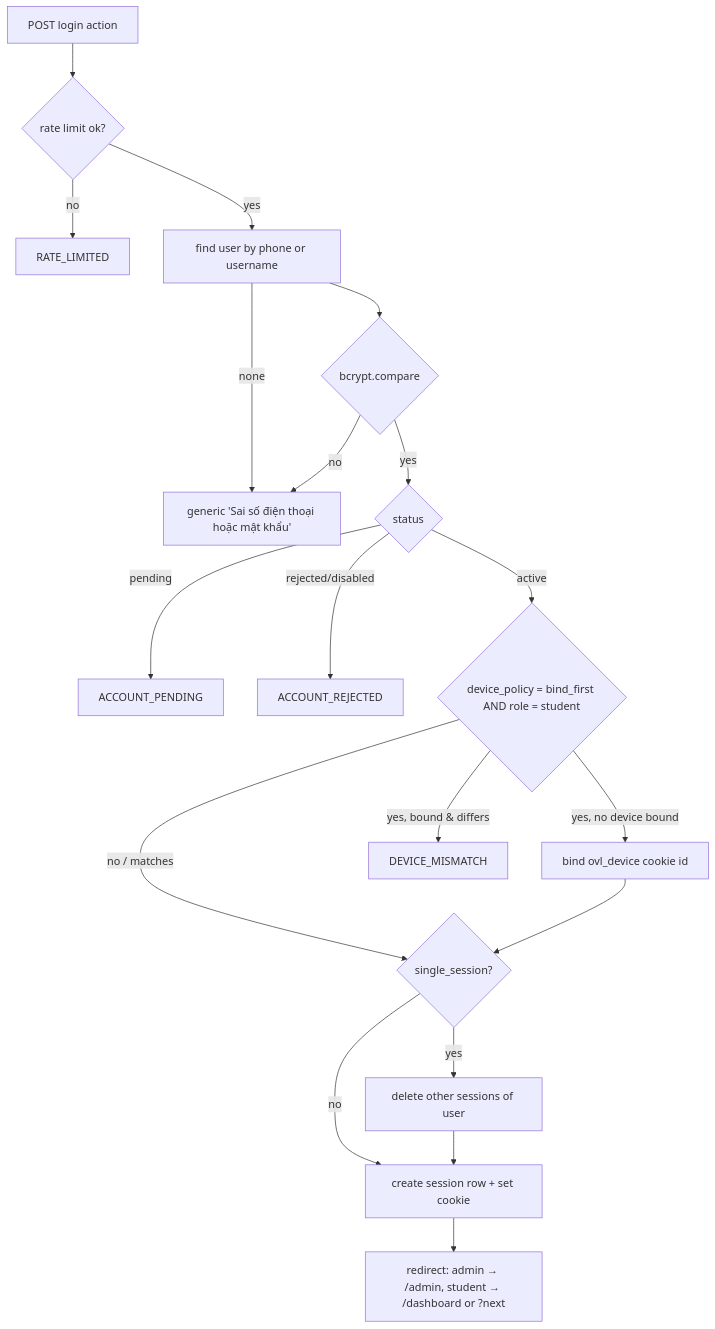
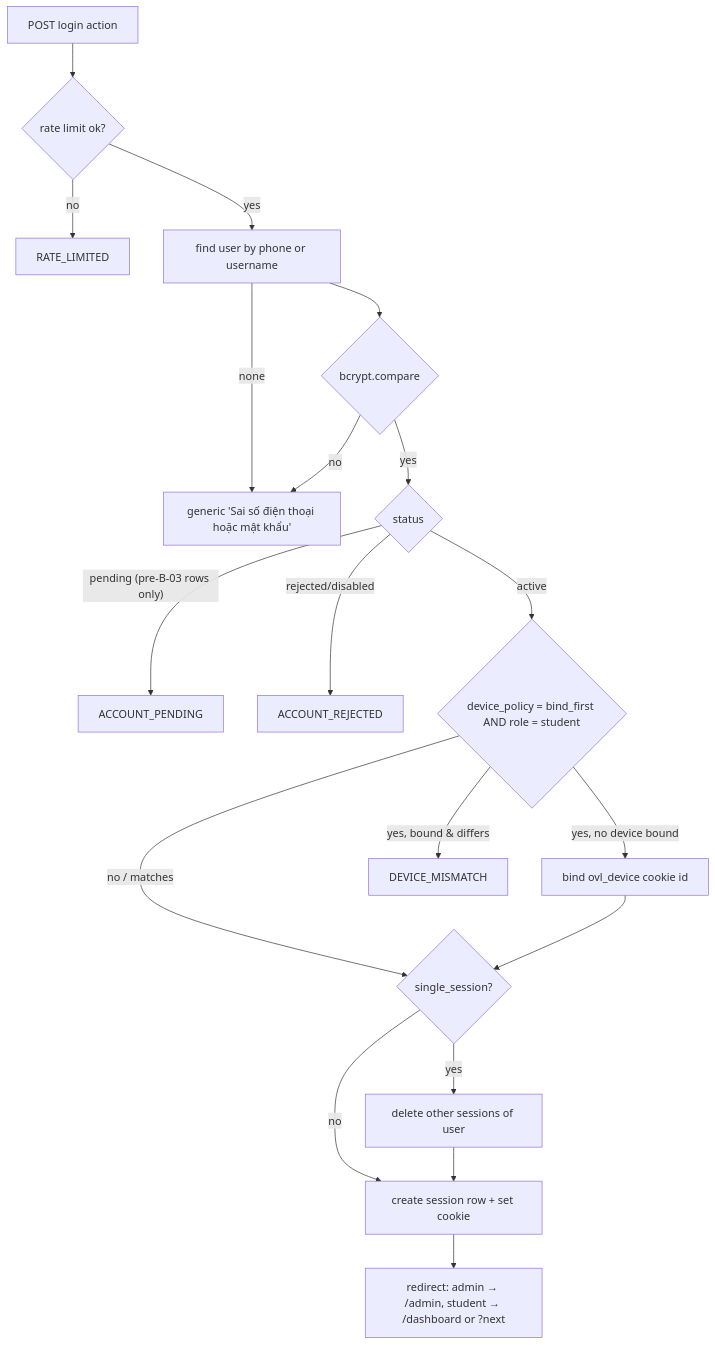
Before and after one commit to Neifuisann/onluyenvatly-v2: the diagram in docs/06-auth-and-security.md, drawn with Mermaid. The commit also changed other lines of this file and 6 other files, not shown here.

````diff
--- a/docs/06-auth-and-security.md
+++ b/docs/06-auth-and-security.md
@@ -6,21 +6,21 @@
 ```mermaid
 flowchart TD
   A[POST login action] --> RL{rate limit ok?}
   RL -- no --> E1[RATE_LIMITED]
   RL -- yes --> F[find user by phone or username]
   F -- none --> E2[generic 'Sai số điện thoại hoặc mật khẩu']
   F --> P{bcrypt.compare}
   P -- no --> E2
   P -- yes --> S{status}
-  S -- pending --> E3[ACCOUNT_PENDING]
+  S -- pending (pre-B-03 rows only) --> E3[ACCOUNT_PENDING]
   S -- rejected/disabled --> E4[ACCOUNT_REJECTED]
   S -- active --> D{device_policy = bind_first AND role = student}
   D -- yes, no device bound --> BIND[bind ovl_device cookie id]
   D -- yes, bound & differs --> E5[DEVICE_MISMATCH]
   D -- no / matches --> SS{single_session?}
   BIND --> SS
   SS -- yes --> DEL[delete other sessions of user]
   SS -- no --> C
   DEL --> C[create session row + set cookie]
   C --> R[redirect: admin → /admin, student → /dashboard or ?next]
 ```
````
